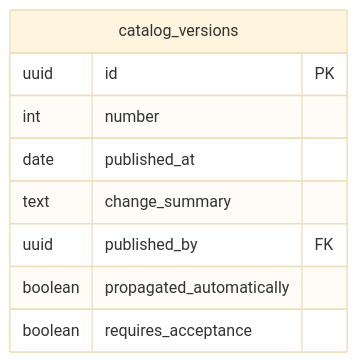
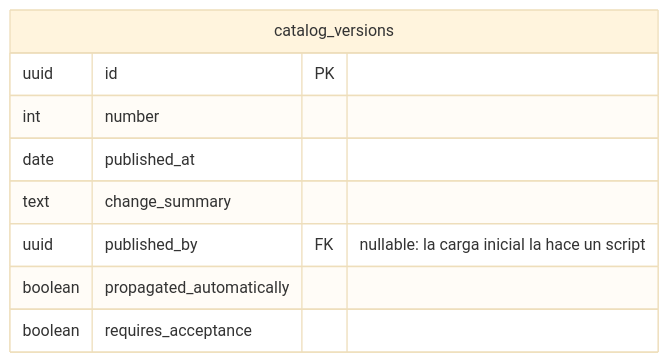
Before and after one commit to Monkey-GRC/Monkey-Brain-IA: the fifth of 16 diagrams in skills/product/monkey-compliance-council/references/modelo-datos.md, drawn with Mermaid (base theme). The commit also changed other lines of this file and 12 other files, not shown here.

````diff
--- a/skills/product/monkey-compliance-council/references/modelo-datos.md
+++ b/skills/product/monkey-compliance-council/references/modelo-datos.md
@@ -580,12 +609,12 @@
 ```mermaid
 erDiagram
     catalog_versions {
         uuid id PK
         int number
         date published_at
         text change_summary
-        uuid published_by FK
+        uuid published_by FK "nullable: la carga inicial la hace un script"
         boolean propagated_automatically
         boolean requires_acceptance
     }
 ```
````
